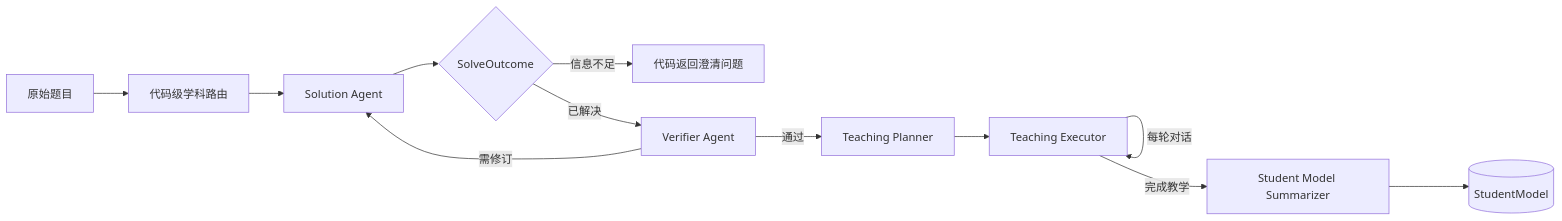
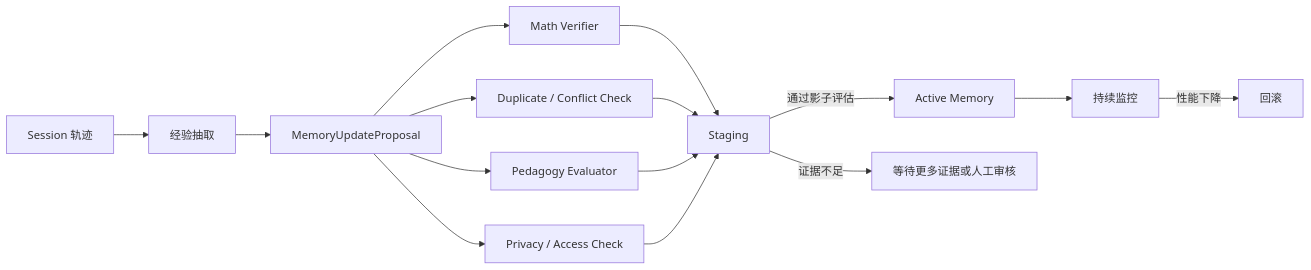
The second of 2 diagrams in README.md (JEPPEVERSE/susu-agent), drawn with Mermaid before and after one commit. The commit also changed other lines of this file and 58 other files, not shown here.

````diff
--- a/README.md
+++ b/README.md
@@ -19,14 +422,17 @@
 ```mermaid
 flowchart LR
-    P[原始题目] --> R[代码级学科路由]
-    R --> S[Solution Agent]
-    S --> G{SolveOutcome}
-    G -->|信息不足| C[代码返回澄清问题]
-    G -->|已解决| V[Verifier Agent]
-    V -->|需修订| S
-    V -->|通过| T[Teaching Planner]
-    T --> E[Teaching Executor]
-    E -->|每轮对话| E
-    E -->|完成教学| M[Student Model Summarizer]
-    M --> SM[(StudentModel)]
+    E[Session 轨迹] --> X[经验抽取]
+    X --> P[MemoryUpdateProposal]
+    P --> M[Math Verifier]
+    P --> D[Duplicate / Conflict Check]
+    P --> G[Pedagogy Evaluator]
+    P --> A[Privacy / Access Check]
+    M --> S[Staging]
+    D --> S
+    G --> S
+    A --> S
+    S -->|通过影子评估| K[Active Memory]
+    S -->|证据不足| H[等待更多证据或人工审核]
+    K --> MON[持续监控]
+    MON -->|性能下降| RB[回滚]
 ```
````
